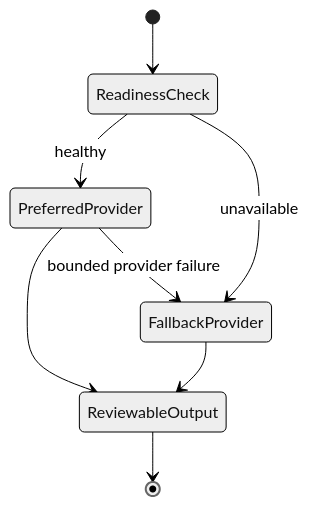
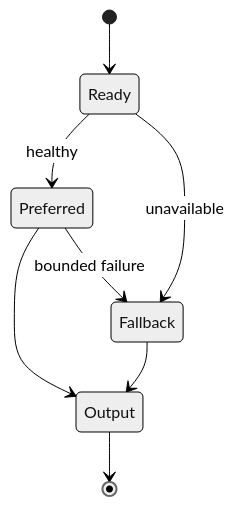
The second of 2 diagrams in docs/TECHNOLOGY.md (wilderruiz/zomniverse-project), drawn with Mermaid (neutral theme) before and after one commit. The commit also changed other lines of this file, not shown here.

Commit message:
docs: compact technology Mermaid labels

````diff
--- a/docs/TECHNOLOGY.md
+++ b/docs/TECHNOLOGY.md
@@ -118,10 +118,10 @@
 ```mermaid
 stateDiagram-v2
-    [*] --> ReadinessCheck
-    ReadinessCheck --> PreferredProvider: healthy
-    ReadinessCheck --> FallbackProvider: unavailable
-    PreferredProvider --> ReviewableOutput
-    FallbackProvider --> ReviewableOutput
-    PreferredProvider --> FallbackProvider: bounded provider failure
-    ReviewableOutput --> [*]
+    [*] --> Ready
+    Ready --> Preferred: healthy
+    Ready --> Fallback: unavailable
+    Preferred --> Output
+    Preferred --> Fallback: bounded failure
+    Fallback --> Output
+    Output --> [*]
 ```
````
